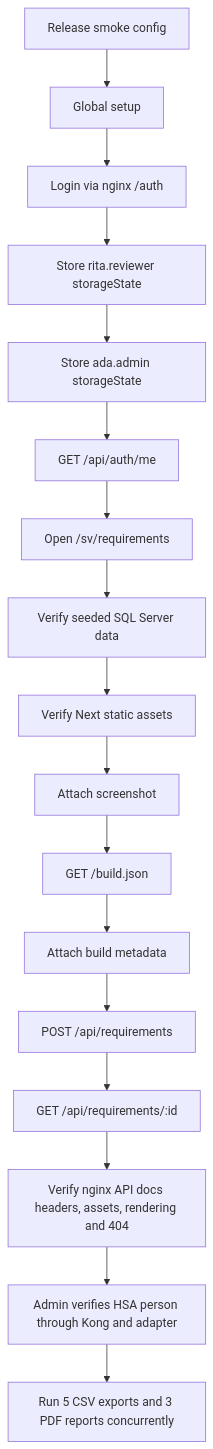
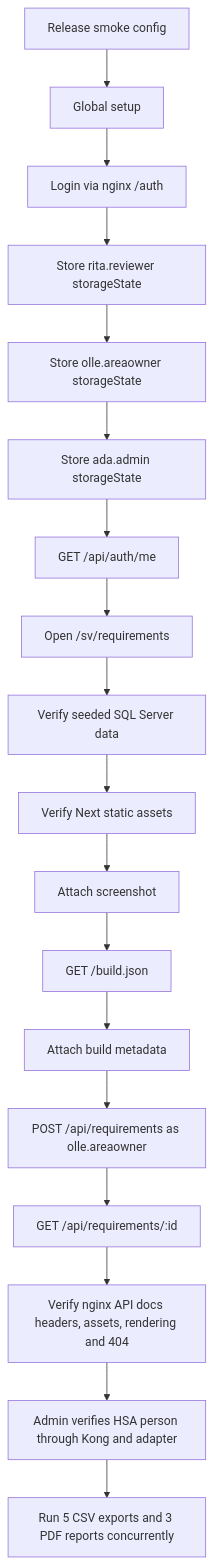
Before and after one commit to johlju/Kravhantering: the first of 4 diagrams in tests/release-smoke/release-smoke.md, drawn with Mermaid. The commit also changed other lines of this file and 5 other files, not shown here.

````diff
--- a/tests/release-smoke/release-smoke.md
+++ b/tests/release-smoke/release-smoke.md
@@ -38,19 +38,20 @@
 ```mermaid
 flowchart TD
     A[Release smoke config] --> B[Global setup]
     B --> C[Login via nginx /auth]
     C --> D[Store rita.reviewer storageState]
-    D --> E[Store ada.admin storageState]
-    E --> F[GET /api/auth/me]
-    F --> G[Open /sv/requirements]
-    G --> H[Verify seeded SQL Server data]
-    H --> I[Verify Next static assets]
-    I --> J[Attach screenshot]
-    J --> K[GET /build.json]
-    K --> L[Attach build metadata]
-    L --> M[POST /api/requirements]
-    M --> N[GET /api/requirements/:id]
-    N --> O[Verify nginx API docs headers, assets, rendering and 404]
-    O --> P[Admin verifies HSA person through Kong and adapter]
-    P --> Q[Run 5 CSV exports and 3 PDF reports concurrently]
+    D --> E[Store olle.areaowner storageState]
+    E --> F[Store ada.admin storageState]
+    F --> G[GET /api/auth/me]
+    G --> H[Open /sv/requirements]
+    H --> I[Verify seeded SQL Server data]
+    I --> J[Verify Next static assets]
+    J --> K[Attach screenshot]
+    K --> L[GET /build.json]
+    L --> M[Attach build metadata]
+    M --> N[POST /api/requirements as olle.areaowner]
+    N --> O[GET /api/requirements/:id]
+    O --> P[Verify nginx API docs headers, assets, rendering and 404]
+    P --> Q[Admin verifies HSA person through Kong and adapter]
+    Q --> R[Run 5 CSV exports and 3 PDF reports concurrently]
 ```
````
